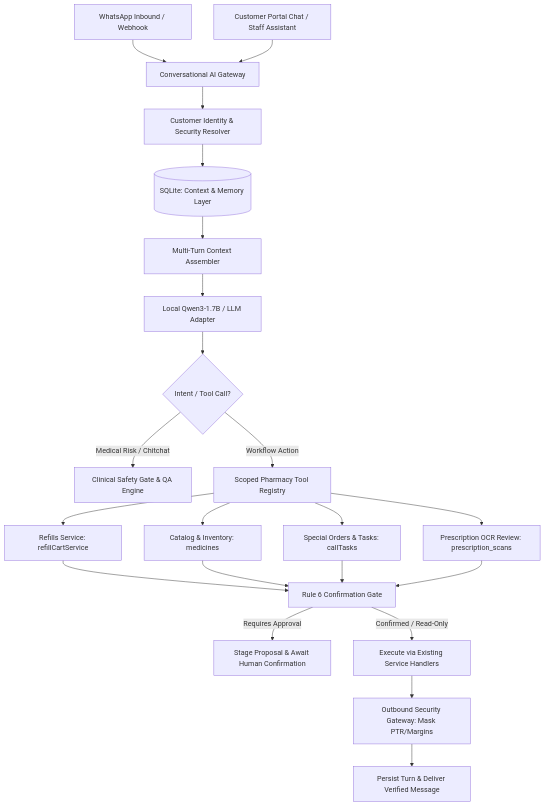
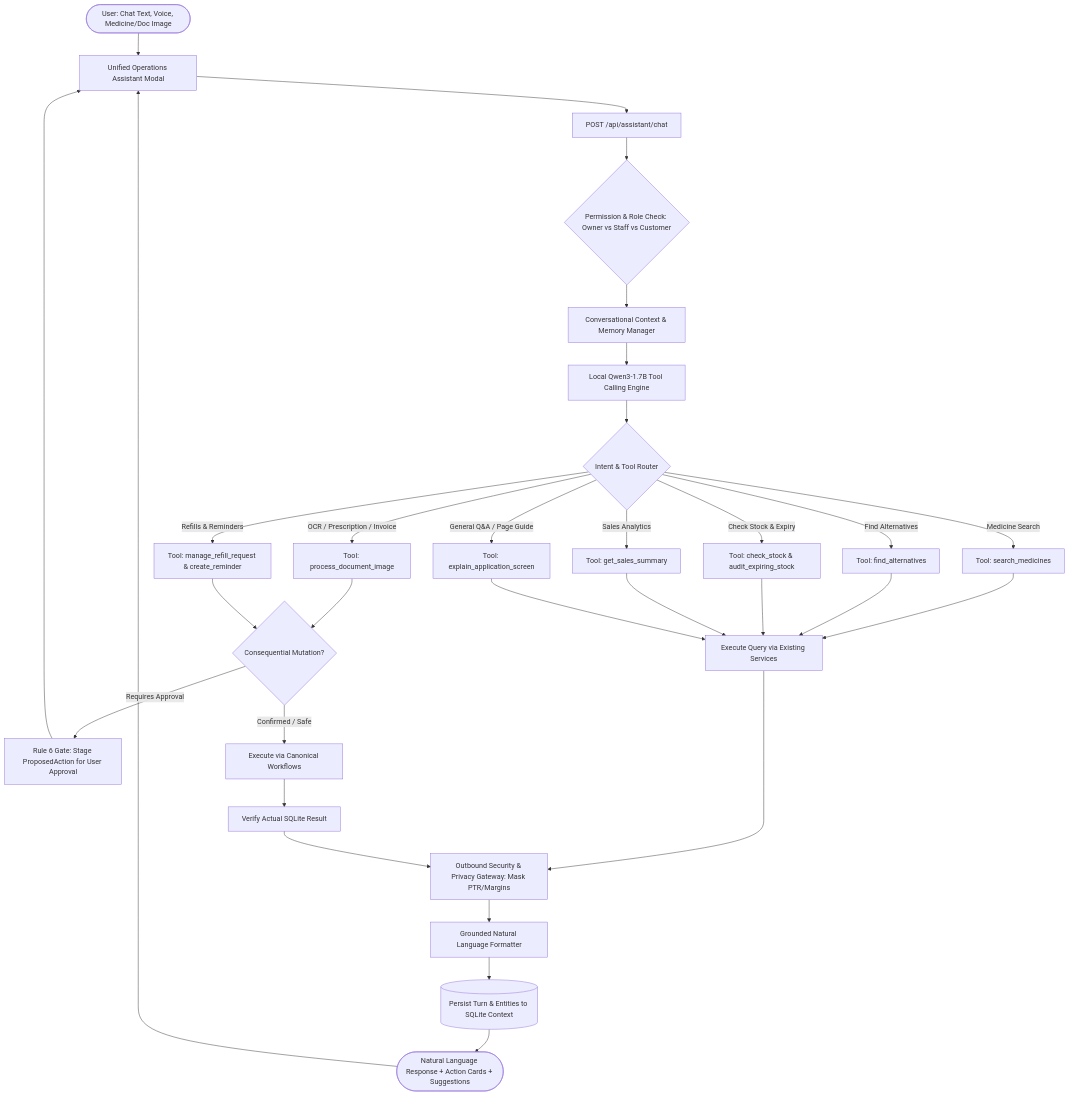
Before and after one commit to loki94in/AI-PHARMACY-V3: the diagram in implementation.md, drawn with Mermaid. The commit also changed other lines of this file and 7 other files, not shown here.

Commit message:
feat: add conversational assistant engine with local AI and tool registry

````diff
--- a/implementation.md
+++ b/implementation.md
@@ -66,21 +75,32 @@
 ```mermaid
 flowchart TD
-    A[WhatsApp Inbound / Webhook] --> C[Conversational AI Gateway]
-    B[Customer Portal Chat / Staff Assistant] --> C
-    C --> D[Customer Identity & Security Resolver]
-    D --> E[(SQLite: Context & Memory Layer)]
-    E --> F[Multi-Turn Context Assembler]
-    F --> G[Local Qwen3-1.7B / LLM Adapter]
-    G --> H{Intent / Tool Call?}
-    H -->|Medical Risk / Chitchat| I[Clinical Safety Gate & QA Engine]
-    H -->|Workflow Action| J[Scoped Pharmacy Tool Registry]
-    J --> K[Refills Service: refillCartService]
-    J --> L[Catalog & Inventory: medicines]
-    J --> M[Special Orders & Tasks: callTasks]
-    J --> N[Prescription OCR Review: prescription_scans]
-    K & L & M & N --> O[Rule 6 Confirmation Gate]
-    O -->|Requires Approval| P[Stage Proposal & Await Human Confirmation]
-    O -->|Confirmed / Read-Only| Q[Execute via Existing Service Handlers]
-    Q --> R[Outbound Security Gateway: Mask PTR/Margins]
-    R --> S[Persist Turn & Deliver Verified Message]
+    User([User: Chat Text, Voice, Medicine/Doc Image]) --> Modal[Unified Operations Assistant Modal]
+    Modal --> API[POST /api/assistant/chat]
+    API --> RoleGate{Permission & Role Check: Owner vs Staff vs Customer}
+    RoleGate --> ContextMgr[Conversational Context & Memory Manager]
+    ContextMgr --> LLM[Local Qwen3-1.7B Tool Calling Engine]
+    LLM --> IntentRouter{Intent & Tool Router}
+    
+    IntentRouter -->|General Q&A / Page Guide| ToolGuide[Tool: explain_application_screen]
+    IntentRouter -->|Medicine Search| ToolSearch[Tool: search_medicines]
+    IntentRouter -->|Find Alternatives| ToolAlt[Tool: find_alternatives]
+    IntentRouter -->|Check Stock & Expiry| ToolInv[Tool: check_stock & audit_expiring_stock]
+    IntentRouter -->|Sales Analytics| ToolSales[Tool: get_sales_summary]
+    IntentRouter -->|OCR / Prescription / Invoice| ToolOCR[Tool: process_document_image]
+    IntentRouter -->|Refills & Reminders| ToolRefill[Tool: manage_refill_request & create_reminder]
+    
+    ToolSearch & ToolAlt & ToolInv & ToolSales & ToolGuide --> ReadOnlyExec[Execute Query via Existing Services]
+    ToolOCR & ToolRefill --> ConsequentialCheck{Consequential Mutation?}
+    
+    ConsequentialCheck -->|Requires Approval| StageProposal[Rule 6 Gate: Stage ProposedAction for User Approval]
+    StageProposal --> Modal
+    
+    ConsequentialCheck -->|Confirmed / Safe| MutateExec[Execute via Canonical Workflows]
+    MutateExec --> Verify[Verify Actual SQLite Result]
+    
+    ReadOnlyExec & Verify --> OutboundGate[Outbound Security & Privacy Gateway: Mask PTR/Margins]
+    OutboundGate --> Formatter[Grounded Natural Language Formatter]
+    Formatter --> PersistTurn[(Persist Turn & Entities to SQLite Context)]
+    PersistTurn --> Response([Natural Language Response + Action Cards + Suggestions])
+    Response --> Modal
 ```
````
